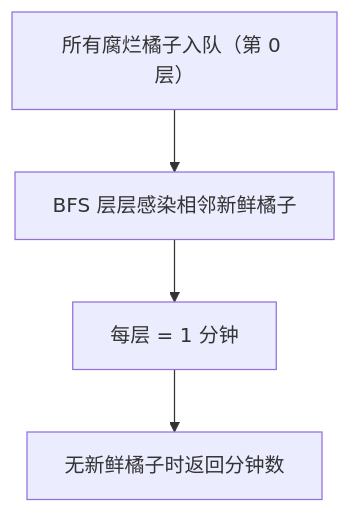
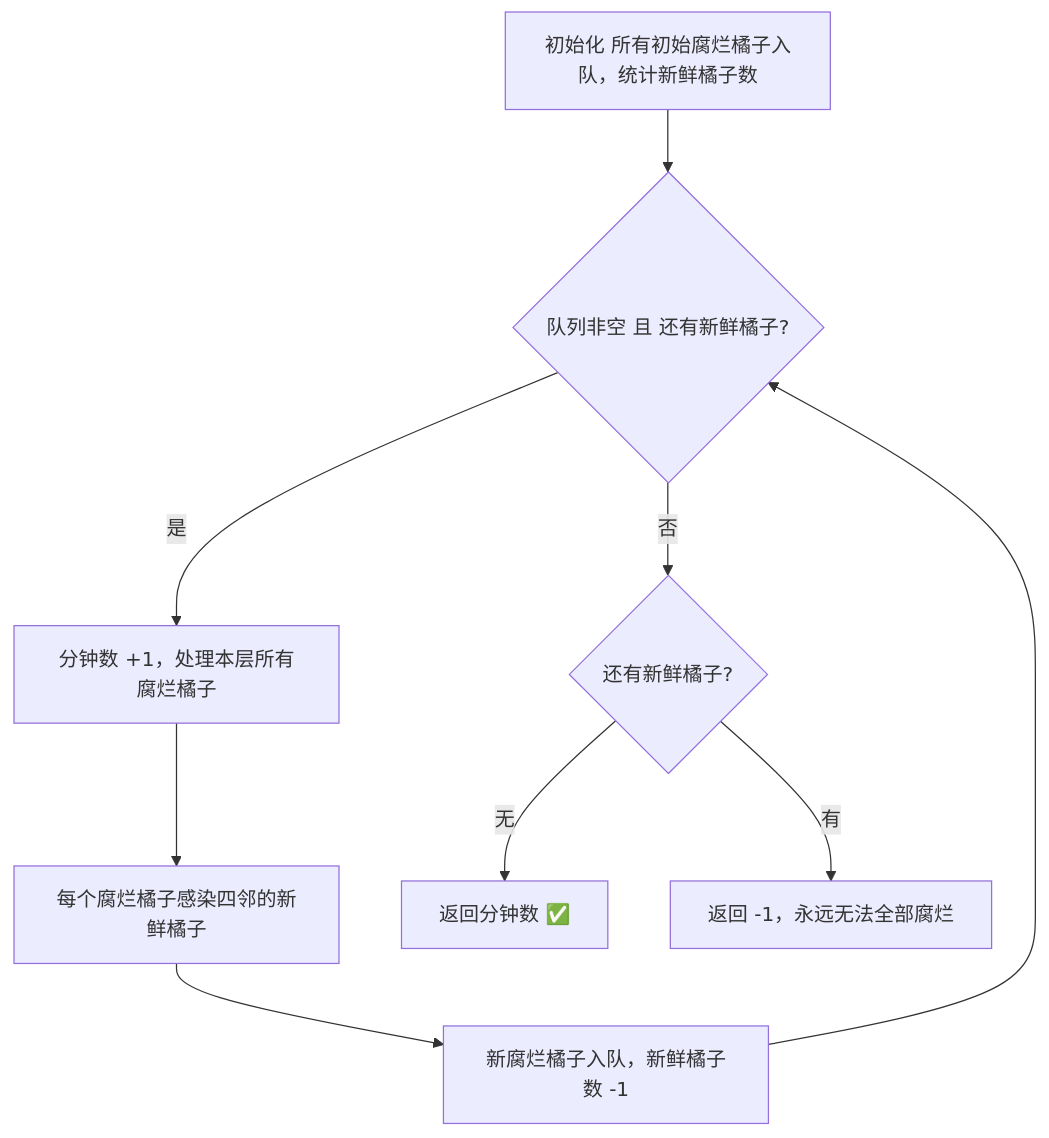
Before and after one commit to OctalZero/hot100-py: the first of 2 diagrams in 10-图论/0994-腐烂的橘子.md, drawn with Mermaid. The commit also changed other lines of this file and 117 other files, not shown here.

First line of the commit message:
feat: 全题解配图升级为「动画式 mermaid」（总览骨架 + 横向时间线逐步推演）

````diff
--- a/10-图论/0994-腐烂的橘子.md
+++ b/10-图论/0994-腐烂的橘子.md
@@ -26,6 +26,11 @@
 ```mermaid
 flowchart TD
-    A["所有腐烂橘子入队（第 0 层）"] --> B["BFS 层层感染相邻新鲜橘子"]
-    B --> C["每层 = 1 分钟"]
-    C --> D["无新鲜橘子时返回分钟数"]
+    A["初始化 所有初始腐烂橘子入队，统计新鲜橘子数"] --> B{"队列非空 且 还有新鲜橘子?"}
+    B -->|"是"| C["分钟数 +1，处理本层所有腐烂橘子"]
+    C --> D["每个腐烂橘子感染四邻的新鲜橘子"]
+    D --> E["新腐烂橘子入队，新鲜橘子数 -1"]
+    E --> B
+    B -->|"否"| F{"还有新鲜橘子?"}
+    F -->|"无"| G["返回分钟数 ✅"]
+    F -->|"有"| H["返回 -1，永远无法全部腐烂"]
 ```
````
